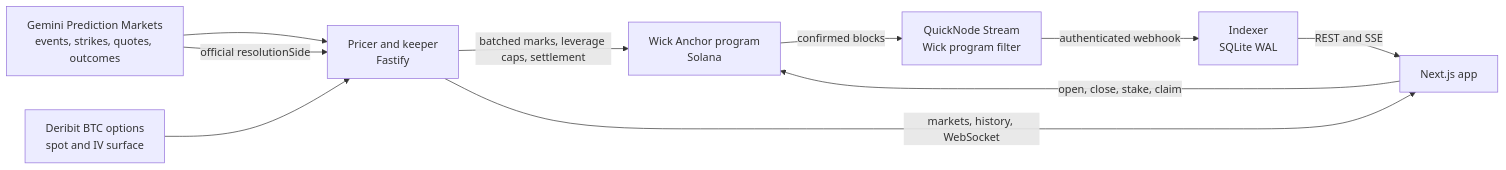
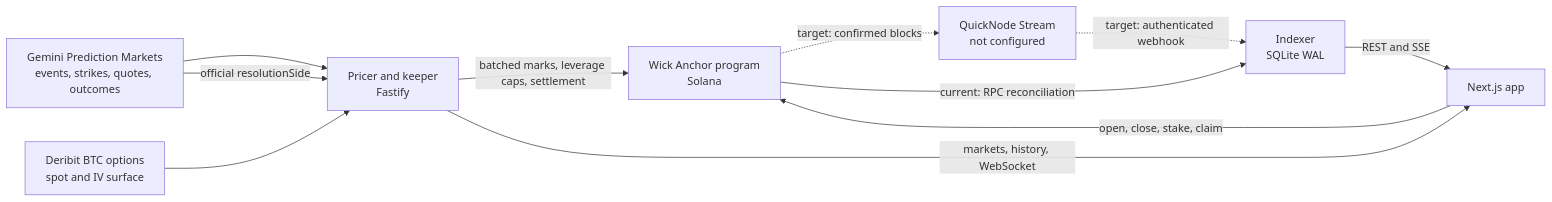
One commit to alycz/wick changed the diagram in README.md. Above: the diagram before and after it, drawn with Mermaid. The commit also changed other lines of this file and 4 other files, not shown here.

````diff
--- a/README.md
+++ b/README.md
@@ -47,12 +51,13 @@
 ```mermaid
 flowchart LR
   Gemini[Gemini Prediction Markets<br/>events, strikes, quotes, outcomes] --> Pricer[Pricer and keeper<br/>Fastify]
   Deribit[Deribit BTC options<br/>spot and IV surface] --> Pricer
   Pricer -->|batched marks, leverage caps, settlement| Program[Wick Anchor program<br/>Solana]
   App[Next.js app] -->|open, close, stake, claim| Program
-  Program -->|confirmed blocks| Streams[QuickNode Stream<br/>Wick program filter]
-  Streams -->|authenticated webhook| Indexer[Indexer<br/>SQLite WAL]
+  Program -. target: confirmed blocks .-> Streams[QuickNode Stream<br/>not configured]
+  Streams -. target: authenticated webhook .-> Indexer[Indexer<br/>SQLite WAL]
+  Program -->|current: RPC reconciliation| Indexer
   Indexer -->|REST and SSE| App
   Pricer -->|markets, history, WebSocket| App
   Gemini -->|official resolutionSide| Pricer
 ```
````
